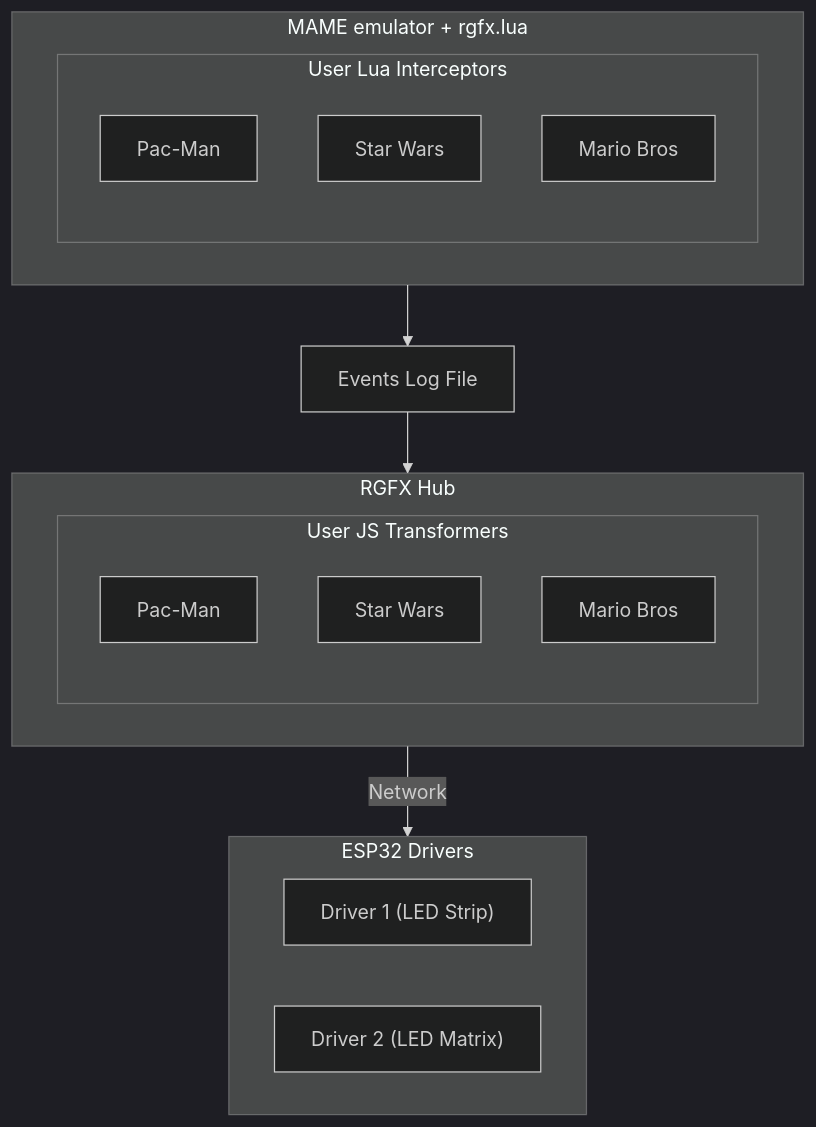
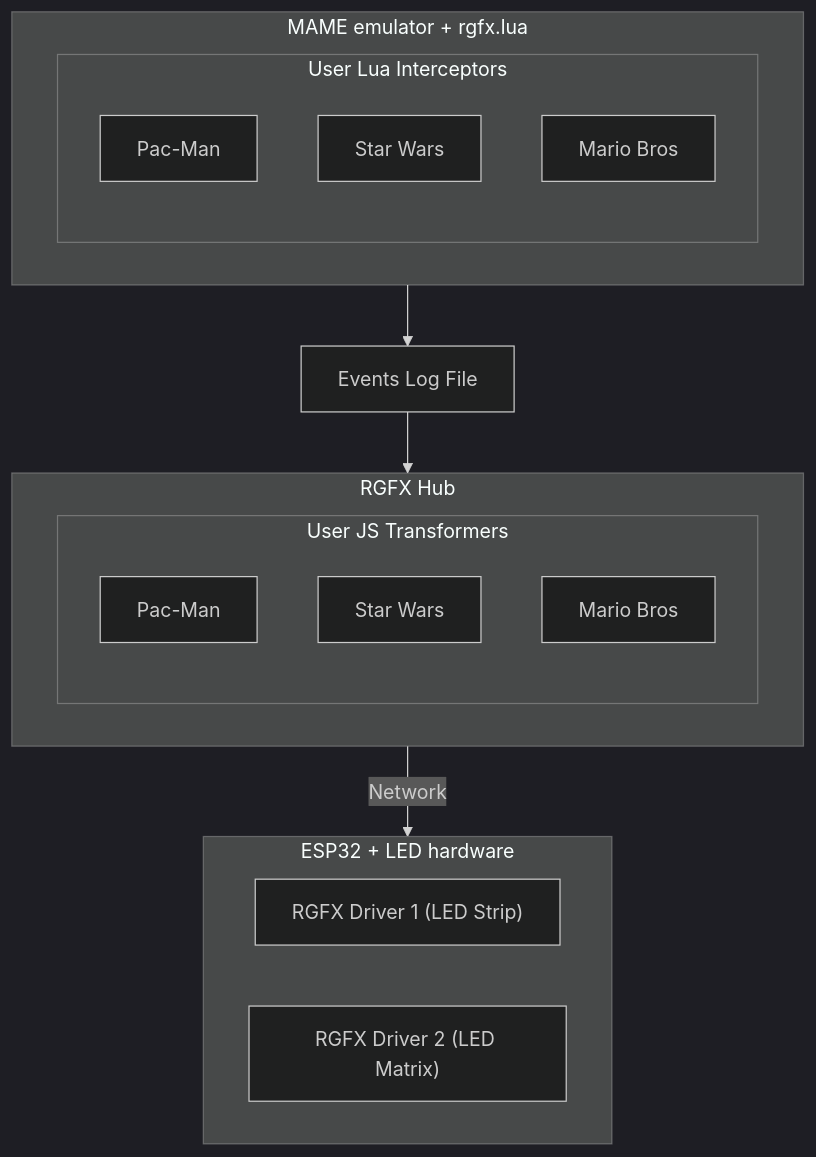
Before and after one commit to mfurniss/rgfx: the diagram in public-docs/docs/architecture.md, drawn with Mermaid (dark theme). The commit also changed 8 other files, not shown here.

First line of the commit message:
Add docs:serve script and update architecture diagram

````diff
--- a/public-docs/docs/architecture.md
+++ b/public-docs/docs/architecture.md
@@ -9,29 +9,29 @@
 ```mermaid
 flowchart TB
     subgraph MAME["MAME emulator + rgfx.lua"]
         subgraph Interceptors[User Lua Interceptors]
             I1[Pac-Man]
             I2[Star Wars]
             I3[Mario Bros]
         end
     end
 
     MAME --> Log[Events Log File]
 
     subgraph Hub["RGFX Hub"]
         subgraph Transformers[User JS Transformers]
             T1[Pac-Man]
             T2[Star Wars]
             T3[Mario Bros]
         end
     end
 
     Log --> Hub
 
-    subgraph Drivers["ESP32 Drivers"]
-      D1["Driver 1 (LED Strip)"]
-      D2["Driver 2 (LED Matrix)"]
+    subgraph Drivers["ESP32 + LED hardware"]
+      D1["RGFX Driver 1 (LED Strip)"]
+      D2["RGFX Driver 2 (LED Matrix)"]
     end
 
     Hub -->|Network| Drivers
 ```
````
